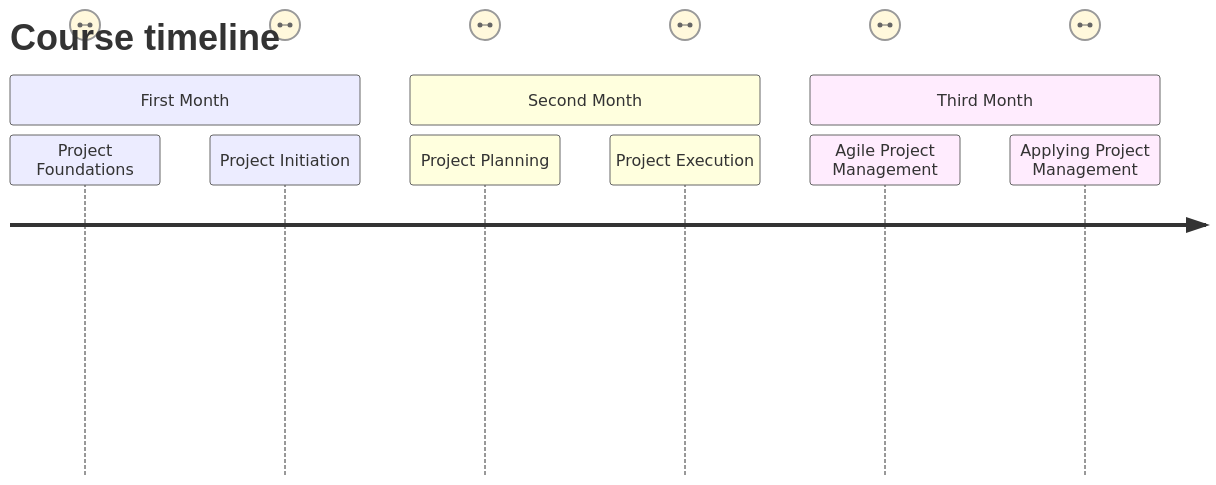
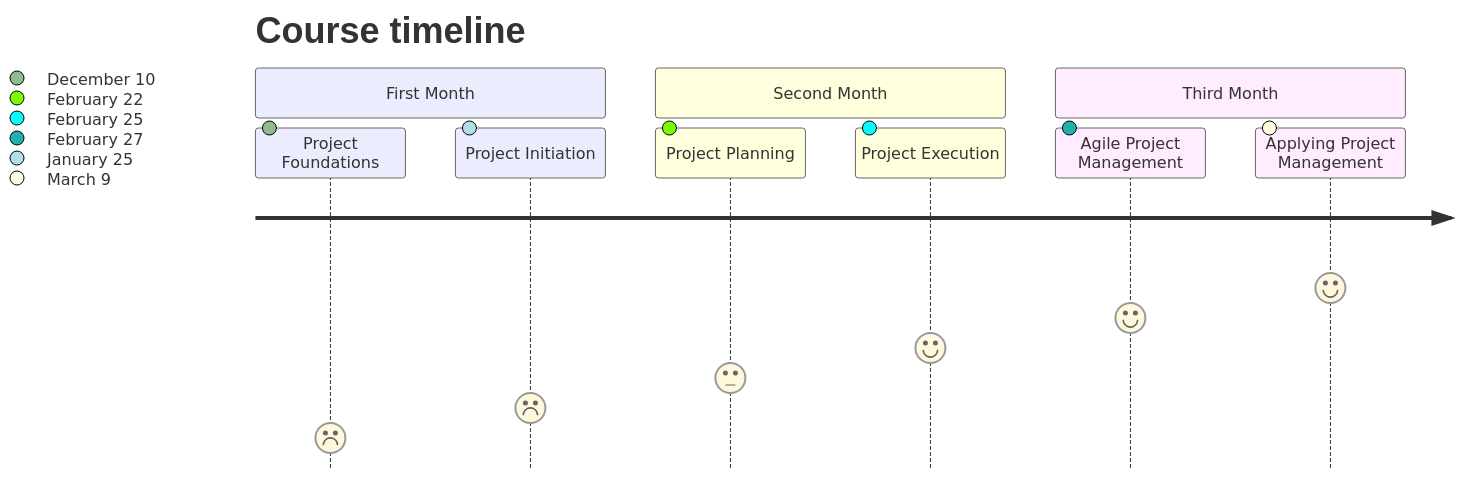
The diagram in _posts/2022-03-19-project-management-career-path.md (PatrickKyei/exception), drawn with Mermaid before and after one commit.

Commit message:
update timeline

````diff
--- a/_posts/2022-03-19-project-management-career-path.md
+++ b/_posts/2022-03-19-project-management-career-path.md
@@ -33,14 +33,14 @@
 ```mermaid
 journey
     title Course timeline
     section First Month
-      Project Foundations: December 10
-      Project Initiation: January 25 
+      Project Foundations: 1: December 10
+      Project Initiation: 2: January 25 
     section Second Month
-      Project Planning: February 22
-      Project Execution: February 25
+      Project Planning: 3: February 22
+      Project Execution: 4: February 25
     section Third Month
-      Agile Project Management: February 27
-      Applying Project Management: March 9
+      Agile Project Management: 5: February 27
+      Applying Project Management: 6: March 9
                
 ```
````
